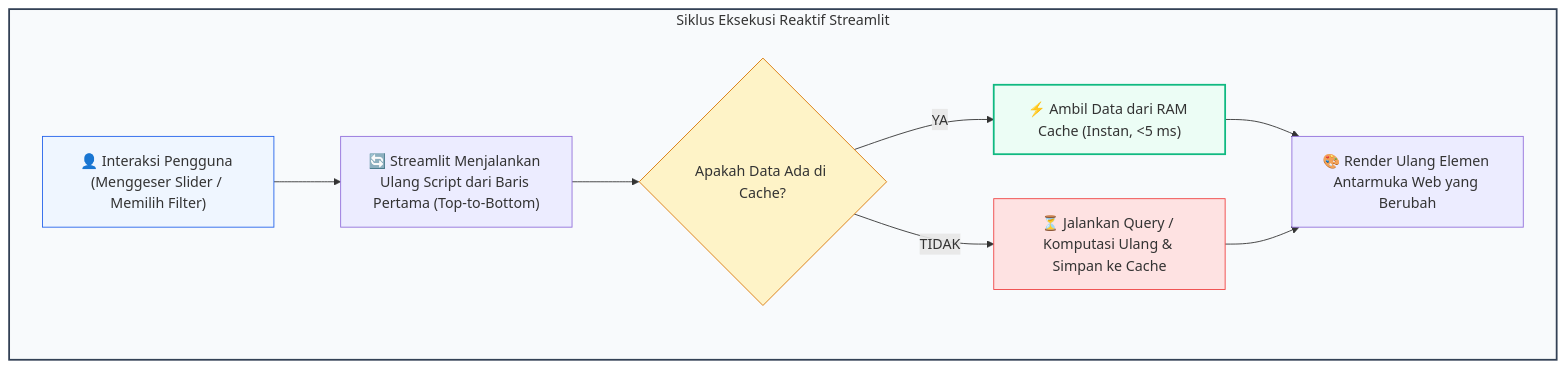
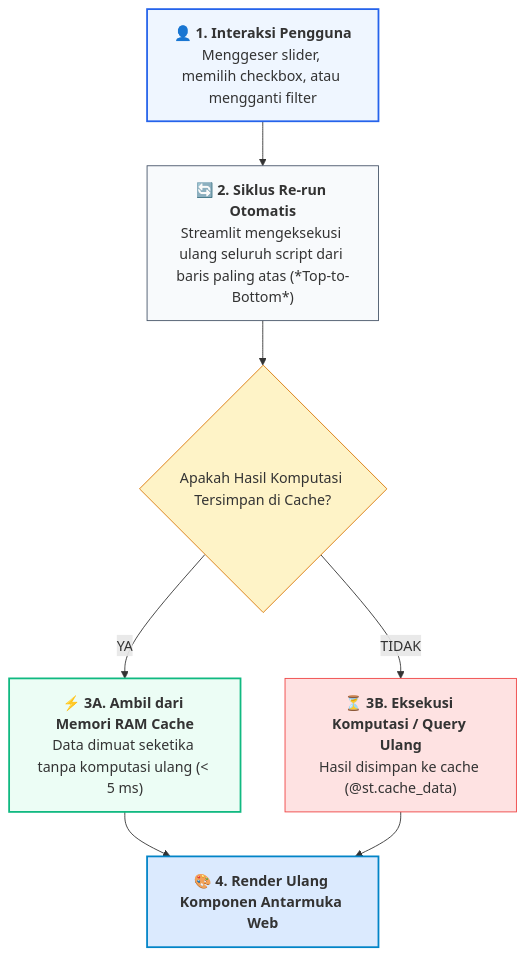
The first of 2 diagrams in docs/visualisasi-data/13-dashboard-streamlit.md (mahendaruui/Perkuliahan), drawn with Mermaid before and after one commit. The commit also changed other lines of this file and 15 other files, not shown here.

Commit message:
refactor: update and standardize mermaid diagrams across all documentation modules

````diff
--- a/docs/visualisasi-data/13-dashboard-streamlit.md
+++ b/docs/visualisasi-data/13-dashboard-streamlit.md
@@ -17,21 +17,19 @@
 ```mermaid
 flowchart TD
-    subgraph ReactiveModel["Siklus Eksekusi Reaktif Streamlit"]
-        UserAction["👤 Interaksi Pengguna (Menggeser Slider / Memilih Filter)"]
-        ReRun["🔄 Streamlit Menjalankan Ulang Script dari Baris Pertama (Top-to-Bottom)"]
-        CacheCheck{"Apakah Data Ada di Cache?"}
-        UseCache["⚡ Ambil Data dari RAM Cache (Instan, <5 ms)"]
-        RunCompute["⏳ Jalankan Query / Komputasi Ulang & Simpan ke Cache"]
-        RenderUI["🎨 Render Ulang Elemen Antarmuka Web yang Berubah"]
+    UserAction["👤 <b>1. Interaksi Pengguna</b><br>Menggeser slider, memilih checkbox, atau mengganti filter"]
+    --> ReRun["🔄 <b>2. Siklus Re-run Otomatis</b><br>Streamlit mengeksekusi ulang seluruh script dari baris paling atas (*Top-to-Bottom*)"]
+    --> CacheCheck{"Apakah Hasil Komputasi Tersimpan di Cache?"}
+    
+    CacheCheck -- "YA" --> UseCache["⚡ <b>3A. Ambil dari Memori RAM Cache</b><br>Data dimuat seketika tanpa komputasi ulang (< 5 ms)"]
+    CacheCheck -- "TIDAK" --> RunCompute["⏳ <b>3B. Eksekusi Komputasi / Query Ulang</b><br>Hasil disimpan ke cache (@st.cache_data)"]
+    
+    UseCache --> RenderUI["🎨 <b>4. Render Ulang Komponen Antarmuka Web</b>"]
+    RunCompute --> RenderUI
 
-        UserAction --> ReRun --> CacheCheck
-        CacheCheck -- "YA" --> UseCache --> RenderUI
-        CacheCheck -- "TIDAK" --> RunCompute --> RenderUI
-    end
-
-    style ReactiveModel fill:#f8fafc,stroke:#334155,stroke-width:2px
-    style UserAction fill:#eff6ff,stroke:#2563eb,stroke-width:1px
+    style UserAction fill:#eff6ff,stroke:#2563eb,stroke-width:2px
+    style ReRun fill:#f8fafc,stroke:#475569,stroke-width:1px
     style CacheCheck fill:#fef3c7,stroke:#d97706,stroke-width:1px
     style UseCache fill:#ecfdf5,stroke:#10b981,stroke-width:2px
     style RunCompute fill:#fee2e2,stroke:#ef4444,stroke-width:1px
+    style RenderUI fill:#dbeafe,stroke:#0284c7,stroke-width:2px
 ```
````
